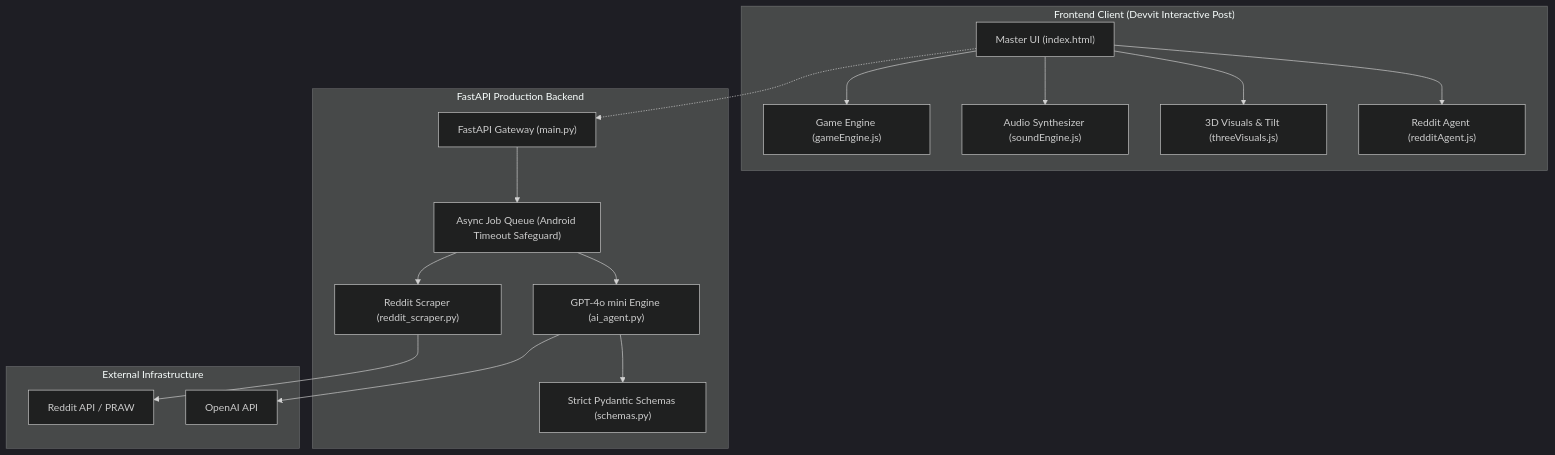
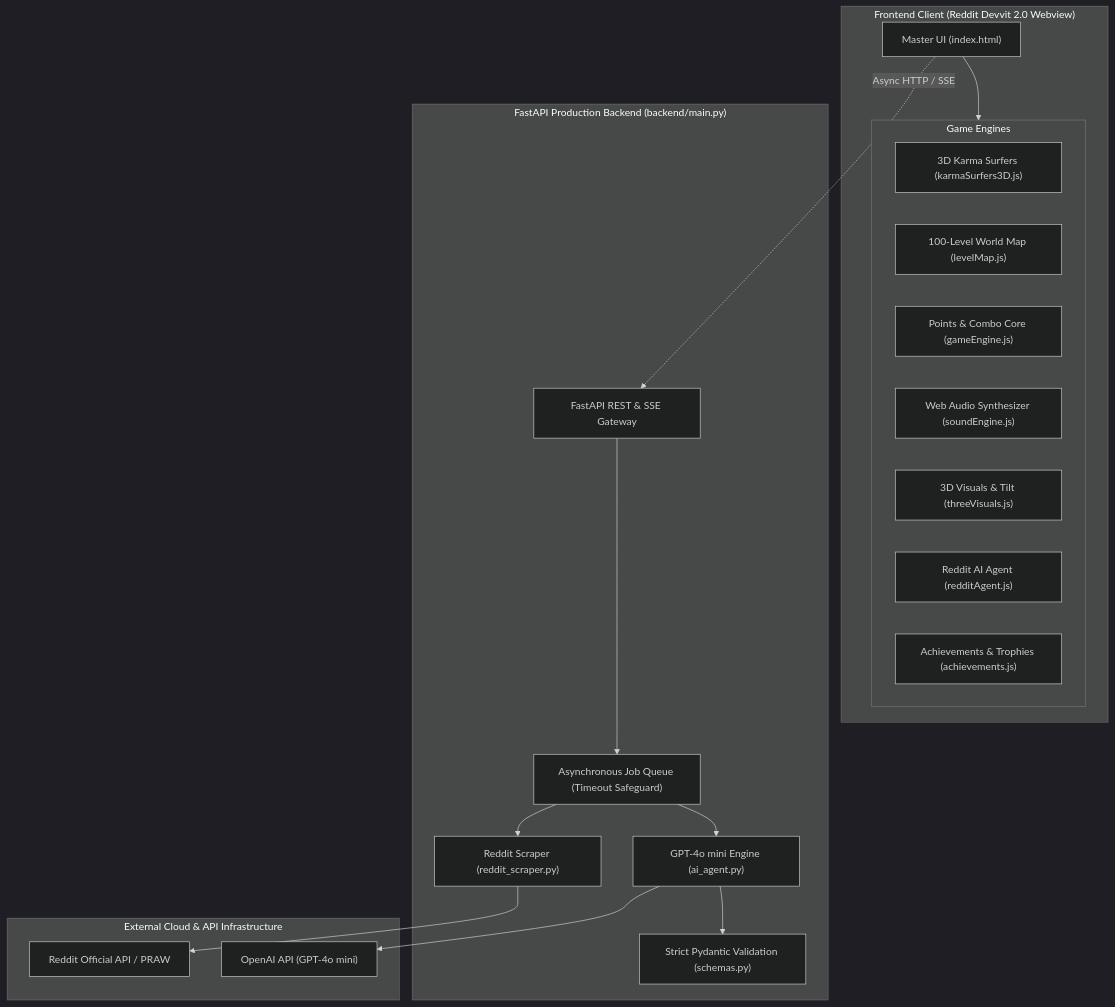
Before and after one commit to vsrupeshkumar2006/REDDIT-HACK: the first of 5 diagrams in README.md, drawn with Mermaid (dark theme). The commit also changed other lines of this file, not shown here.

Commit message:
docs: add comprehensive Mermaid diagrams for architecture, sequence, biomes, and game state machine

````diff
--- a/README.md
+++ b/README.md
@@ -56,30 +24,35 @@
 ```mermaid
 flowchart TD
-    subgraph Client["Frontend Client (Devvit Interactive Post)"]
+    subgraph Client["Frontend Client (Reddit Devvit 2.0 Webview)"]
         UI["Master UI (index.html)"]
-        GE["Game Engine (gameEngine.js)"]
-        SE["Audio Synthesizer (soundEngine.js)"]
-        T3["3D Visuals & Tilt (threeVisuals.js)"]
-        RA["Reddit Agent (redditAgent.js)"]
+        subgraph EngineGroup["Game Engines"]
+            SURF["3D Karma Surfers (karmaSurfers3D.js)"]
+            MAP["100-Level World Map (levelMap.js)"]
+            GE["Points & Combo Core (gameEngine.js)"]
+            SE["Web Audio Synthesizer (soundEngine.js)"]
+            T3["3D Visuals & Tilt (threeVisuals.js)"]
+            RA["Reddit AI Agent (redditAgent.js)"]
+            ACH["Achievements & Trophies (achievements.js)"]
+        end
     end
 
-    subgraph Backend["FastAPI Production Backend"]
-        API["FastAPI Gateway (main.py)"]
-        JQ["Async Job Queue (Android Timeout Safeguard)"]
+    subgraph Backend["FastAPI Production Backend (backend/main.py)"]
+        API["FastAPI REST & SSE Gateway"]
+        JQ["Asynchronous Job Queue (Timeout Safeguard)"]
         PRAW["Reddit Scraper (reddit_scraper.py)"]
         LLM["GPT-4o mini Engine (ai_agent.py)"]
-        SCH["Strict Pydantic Schemas (schemas.py)"]
+        SCH["Strict Pydantic Validation (schemas.py)"]
     end
 
-    subgraph External["External Infrastructure"]
-        RD["Reddit API / PRAW"]
-        OA["OpenAI API"]
+    subgraph External["External Cloud & API Infrastructure"]
+        RD["Reddit Official API / PRAW"]
+        OA["OpenAI API (GPT-4o mini)"]
     end
 
-    UI --> GE & SE & T3 & RA
-    UI -.-> API
+    UI --> EngineGroup
+    UI -.->|"Async HTTP / SSE"| API
     API --> JQ
     JQ --> PRAW --> RD
     JQ --> LLM --> OA
     LLM --> SCH
 ```
````
